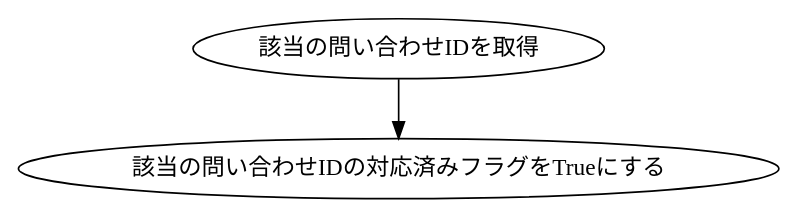
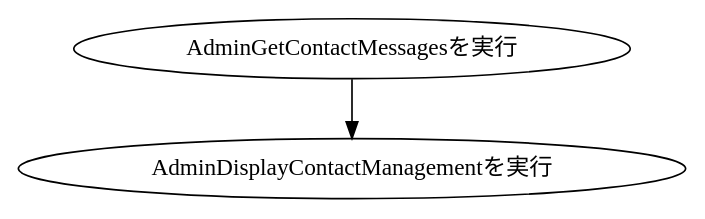
One commit to KUT-Group12/internal_design changed the diagram in dot/sato/ProcessContactScreen.dot. Above: the diagram before and after it, drawn with Graphviz. The commit also changed 13 other files, not shown here.

```diff
--- a/dot/sato/ProcessContactScreen.dot
+++ b/dot/sato/ProcessContactScreen.dot
@@ -1,8 +1,8 @@
 digraph G {
     #include "style.doth"
 
-    get[label = "該当の問い合わせIDを取得"]
-    flag[label = "該当の問い合わせIDの対応済みフラグをTrueにする"]
+    do[label="AdminGetContactMessagesを実行"]
+    view[label="AdminDisplayContactManagementを実行"]
 
-    get -> flag
+    do -> view
 }
```
